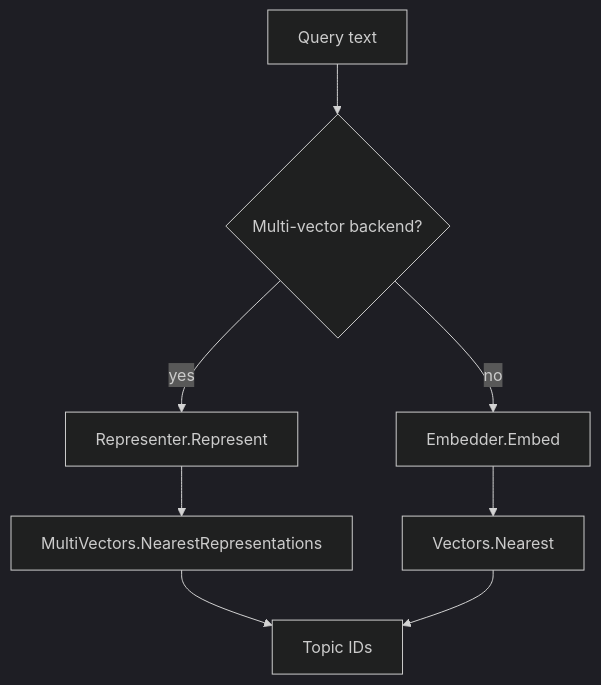
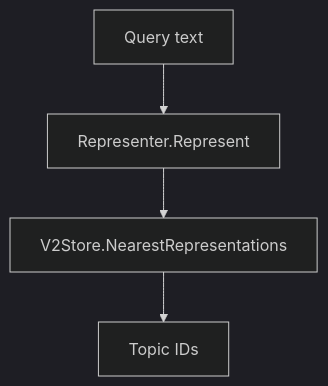
One commit to fernando143/patro changed the third of 6 diagrams in docs/search-architecture.md. Above: the diagram before and after it, drawn with Mermaid (dark theme). The commit also changed other lines of this file and 9 other files, not shown here.

Commit message:
refactor(search): require multi-vector representations

````diff
--- a/docs/search-architecture.md
+++ b/docs/search-architecture.md
@@ -74,10 +74,6 @@
 ```mermaid
 flowchart TD
-    Q[Query text] --> C{Multi-vector backend?}
-    C -- yes --> R[Representer.Represent]
-    R --> MV[MultiVectors.NearestRepresentations]
-    C -- no --> E[Embedder.Embed]
-    E --> V[Vectors.Nearest]
+    Q[Query text] --> R[Representer.Represent]
+    R --> MV[V2Store.NearestRepresentations]
     MV --> T[Topic IDs]
-    V --> T
 ```
````
